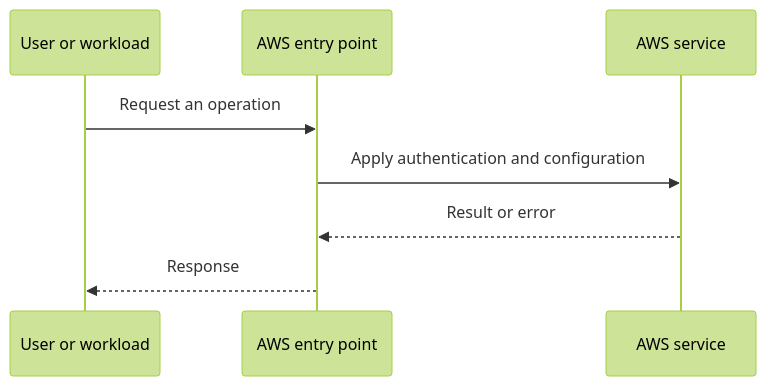
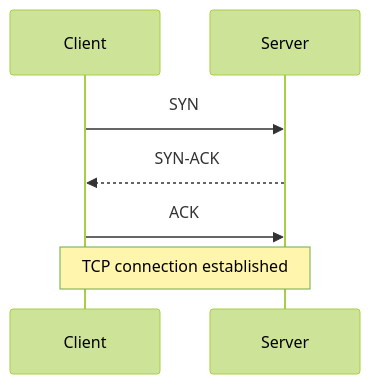
One commit to jayeshsharma2605/aws-education-notes changed the third of 8 diagrams in Networking_Fundamentals.md. Above: the diagram before and after it, drawn with Mermaid (forest theme). The commit also changed other lines of this file, not shown here.

Commit message:
Expand AWS networking fundamentals study notes

````diff
--- a/Networking_Fundamentals.md
+++ b/Networking_Fundamentals.md
@@ -108,10 +217,9 @@
-```mermaid
+~~~mermaid
 sequenceDiagram
-  participant U as User or workload
-  participant A as AWS entry point
-  participant S as AWS service
-  U->>A: Request an operation
-  A->>S: Apply authentication and configuration
-  S-->>A: Result or error
-  A-->>U: Response
-```
+  participant C as Client
+  participant S as Server
+  C->>S: SYN
+  S-->>C: SYN-ACK
+  C->>S: ACK
+  Note over C,S: TCP connection established
+~~~
````
